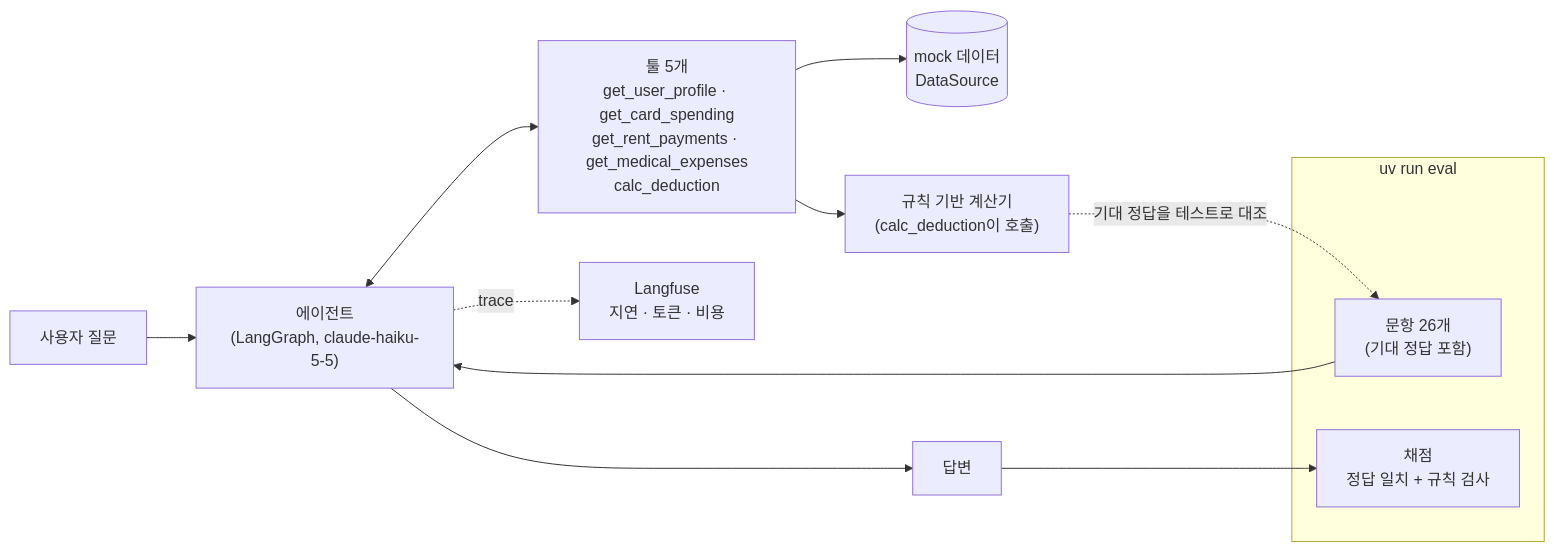
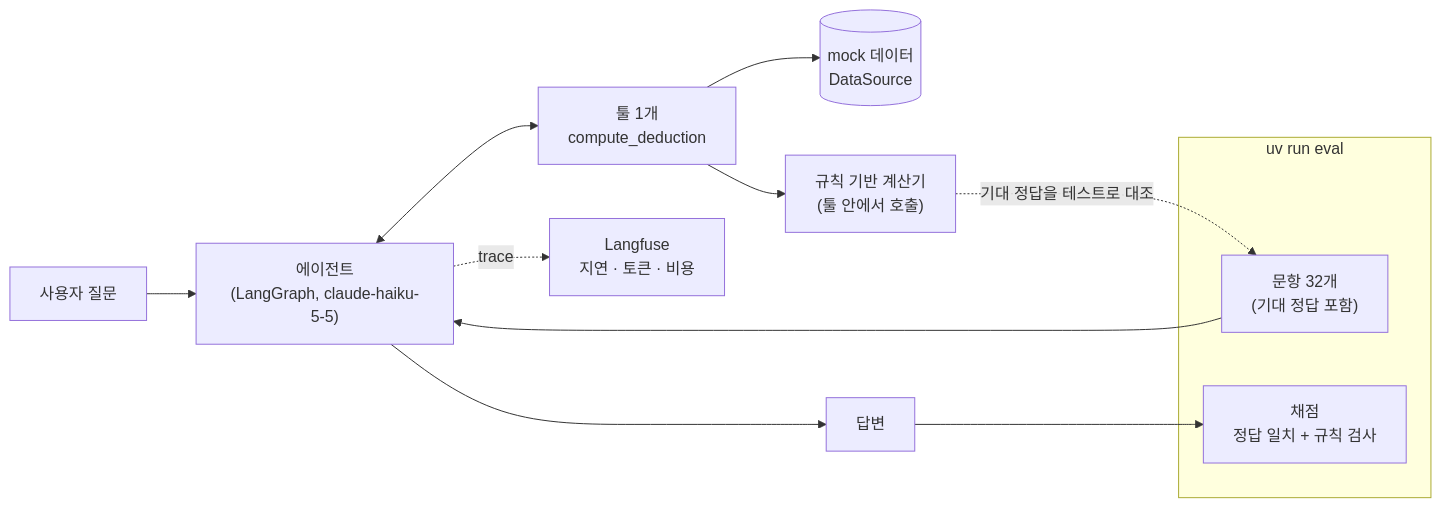
The diagram in README.md (jooniorp/tax-agent-eval), drawn with Mermaid before and after one commit. The commit also changed other lines of this file and 4 other files, not shown here.

````diff
--- a/README.md
+++ b/README.md
@@ -13,16 +13,16 @@
 ```mermaid
 flowchart LR
     Q["사용자 질문"] --> A["에이전트<br/>(LangGraph, claude-haiku-5-5)"]
-    A <--> T["툴 5개<br/>get_user_profile · get_card_spending<br/>get_rent_payments · get_medical_expenses<br/>calc_deduction"]
+    A <--> T["툴 1개<br/>compute_deduction"]
     T --> D[("mock 데이터<br/>DataSource")]
-    T --> C["규칙 기반 계산기<br/>(calc_deduction이 호출)"]
+    T --> C["규칙 기반 계산기<br/>(툴 안에서 호출)"]
     A --> R["답변"]
     A -.->|trace| L["Langfuse<br/>지연 · 토큰 · 비용"]
     subgraph EV ["uv run eval"]
-        E["문항 26개<br/>(기대 정답 포함)"]
+        E["문항 32개<br/>(기대 정답 포함)"]
         S["채점<br/>정답 일치 + 규칙 검사"]
     end
     E --> A
     R --> S
     C -.->|"기대 정답을 테스트로 대조"| E
 ```
````
